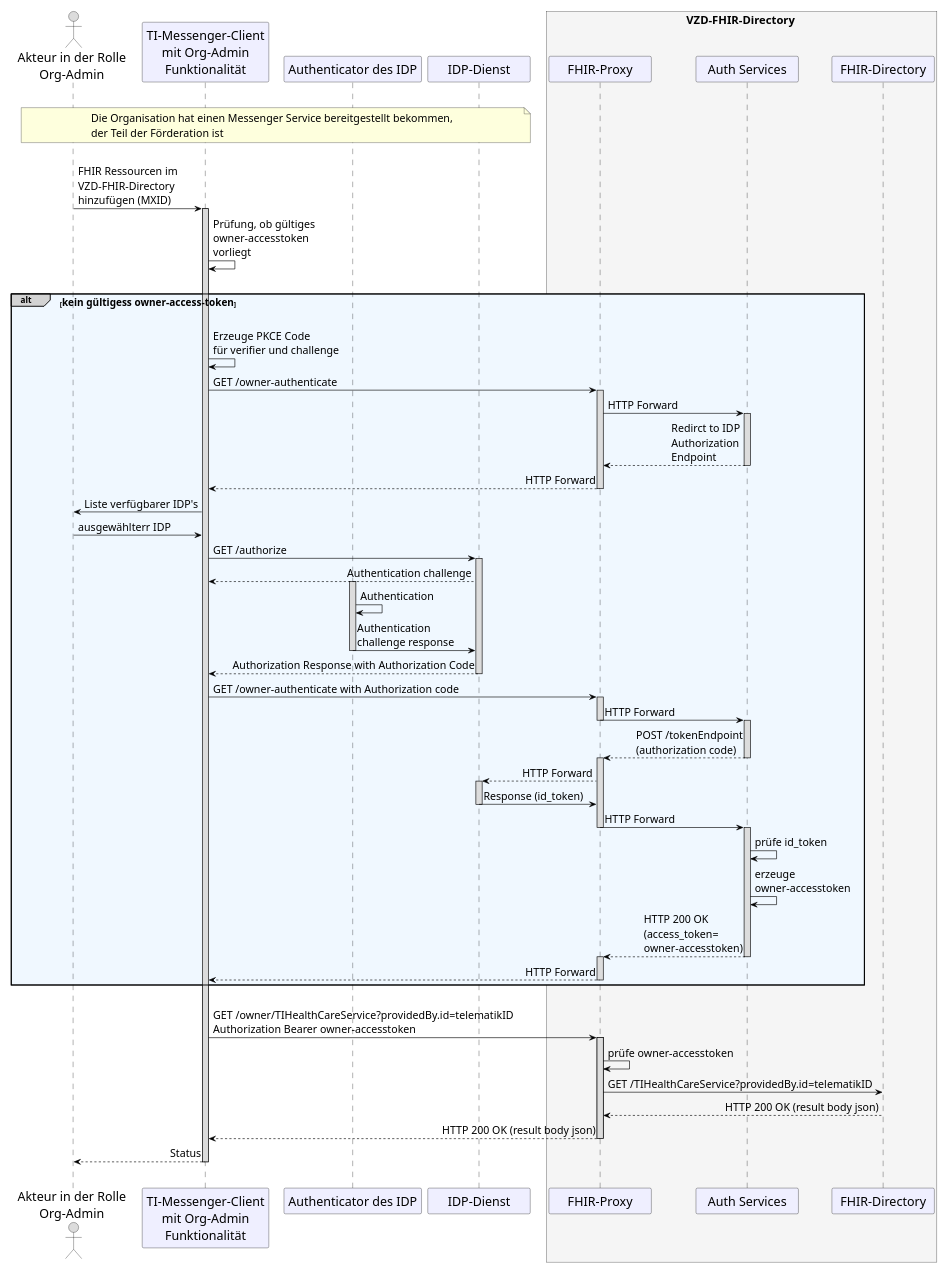
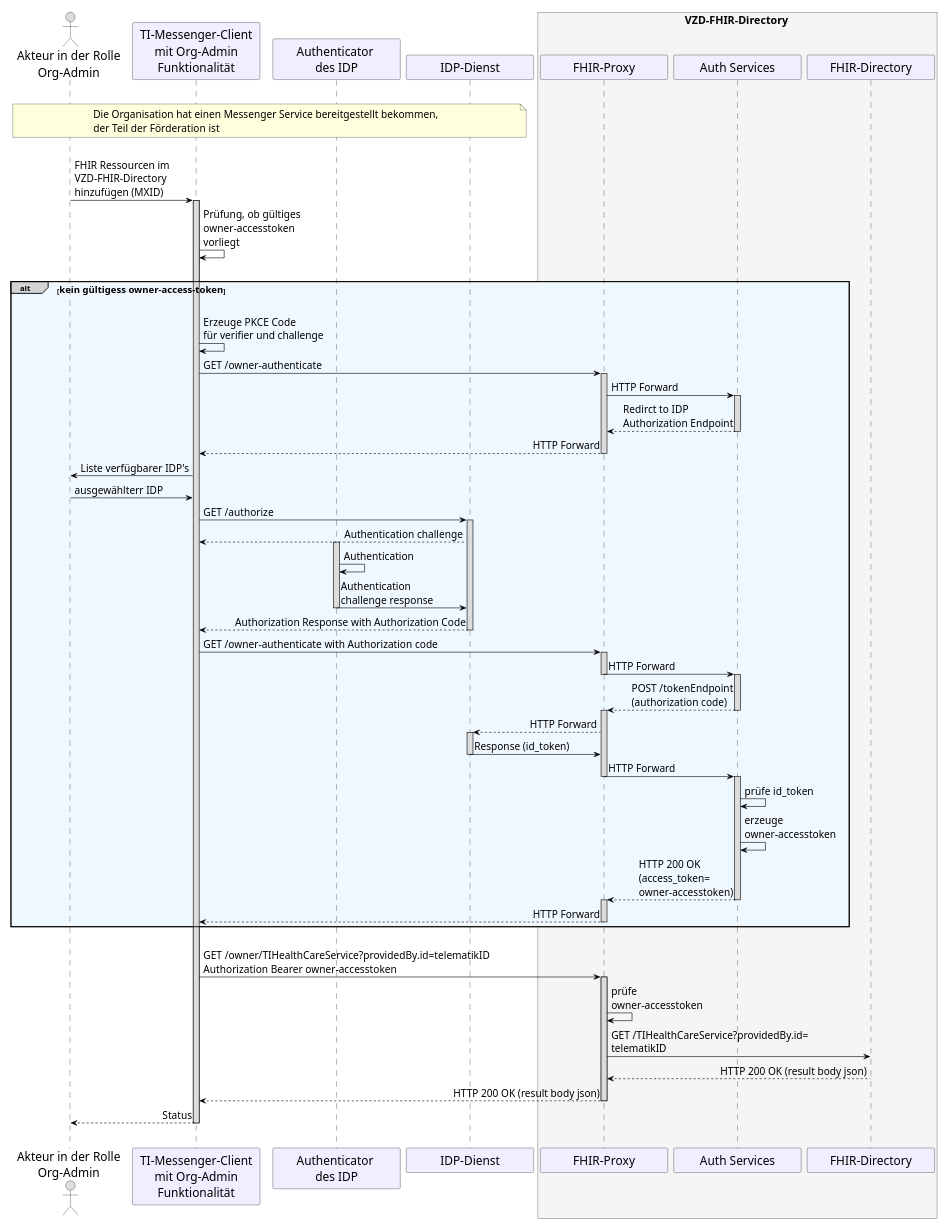
The diagram in src/plantuml/TI-Messenger-Dienst/Ressourcen/UC_10059_Seq.puml (gematik/api-ti-messenger), drawn with PlantUML before and after one commit. The commit also changed other lines of this file, not shown here.

```diff
--- a/src/plantuml/TI-Messenger-Dienst/Ressourcen/UC_10059_Seq.puml
+++ b/src/plantuml/TI-Messenger-Dienst/Ressourcen/UC_10059_Seq.puml
@@ -9,111 +9,111 @@
 @startuml
 skinparam sequenceMessageAlign direction
-skinparam minClassWidth 150
+skinparam minClassWidth 200
 skinparam BoxPadding 1
 skinparam sequenceReferenceHeaderBackgroundColor palegreen
 scale max 850 width
 
 skinparam sequence {
 ArrowColor black
 ArrowFontSize 17
 ActorBorderColor black
 LifeLineBorderColor black
 LifeLineBackgroundColor Gainsboro
 
 ParticipantBorderColor Motivation
 ParticipantBackgroundColor Motivation
 ParticipantFontName Impact
 ParticipantFontSize 20
 ParticipantFontColor black
 ParticipantBorderColor Black
 ParticipantBackgroundColor MOTIVATION
 
 ActorBackgroundColor Gainsboro
 ActorFontColor black
 ActorFontSize 20
 ActorFontName Aapex
 }
     actor U as "Akteur in der Rolle\nOrg-Admin"
     participant C as "TI-Messenger-Client\n mit Org-Admin \nFunktionalität"
-    participant A as "Authenticator des IDP"
+    participant A as "Authenticator \ndes IDP"
     participant I as "IDP-Dienst" 
     box <size:18>VZD-FHIR-Directory</size> #WhiteSmoke
       participant FP as "FHIR-Proxy"
       participant Auth as "Auth Services"
       participant VZD as "FHIR-Directory"
     end box
 
 |||
 note over U, I: <size:17>Die Organisation hat einen Messenger Service bereitgestellt bekommen, \n<size:17>der Teil der Förderation ist</size>
 |||
 
 U->C: FHIR Ressourcen im \nVZD-FHIR-Directory \nhinzufügen (MXID)
   Activate C
 C->C: Prüfung, ob gültiges \nowner-accesstoken \nvorliegt
 
 |||
 alt#LightGrey #AliceBlue <size:16>kein gültigess owner-access-token</size>
 |||
 
   C->C: Erzeuge PKCE Code \nfür verifier und challenge
   C->FP: GET /owner-authenticate
     Activate FP
   FP->Auth: HTTP Forward
     Activate Auth
-  Auth-->FP: Redirct to IDP \nAuthorization \nEndpoint
+  Auth-->FP: Redirct to IDP \nAuthorization Endpoint
     Deactivate Auth
   FP-->C: HTTP Forward
     Deactivate FP
         
   C->U: Liste verfügbarer IDP's
   U->C: ausgewählterr IDP
     
   C->I: GET /authorize
     Activate I
   I-->C: Authentication challenge
     Activate A
   A->A: Authentication
   A->I: Authentication \nchallenge response
     Deactivate A
   I-->C: Authorization Response with Authorization Code
     Deactivate I
           
   C->FP: GET /owner-authenticate with Authorization code
     Activate FP
   FP->Auth: HTTP Forward
     Deactivate FP
     Activate Auth
   Auth-->FP: POST /tokenEndpoint\n(authorization code)
     Deactivate Auth
     Activate FP
   FP-->I: HTTP Forward
     Activate I
   I->FP: Response (id_token)
     Deactivate I
   FP->Auth: HTTP Forward
     Deactivate FP
     Activate Auth
   Auth->Auth: prüfe id_token
   Auth->Auth: erzeuge \nowner-accesstoken
   Auth-->FP: HTTP 200 OK \n(access_token=\nowner-accesstoken)
     Deactivate Auth
     Activate FP
   FP-->C: HTTP Forward
     Deactivate FP
 end
       
 |||
 
 C->FP: GET /owner/TIHealthCareService?providedBy.id=telematikID \nAuthorization Bearer owner-accesstoken
   Activate FP
-FP->FP: prüfe owner-accesstoken
-FP->VZD: GET /TIHealthCareService?providedBy.id=telematikID
+FP->FP: prüfe \nowner-accesstoken
+FP->VZD: GET /TIHealthCareService?providedBy.id=\ntelematikID
 VZD-->FP: HTTP 200 OK (result body json)
 FP-->C: HTTP 200 OK (result body json)
   Deactivate FP
 C-->U: Status
     
 |||
 
   Deactivate C
 @enduml
```
